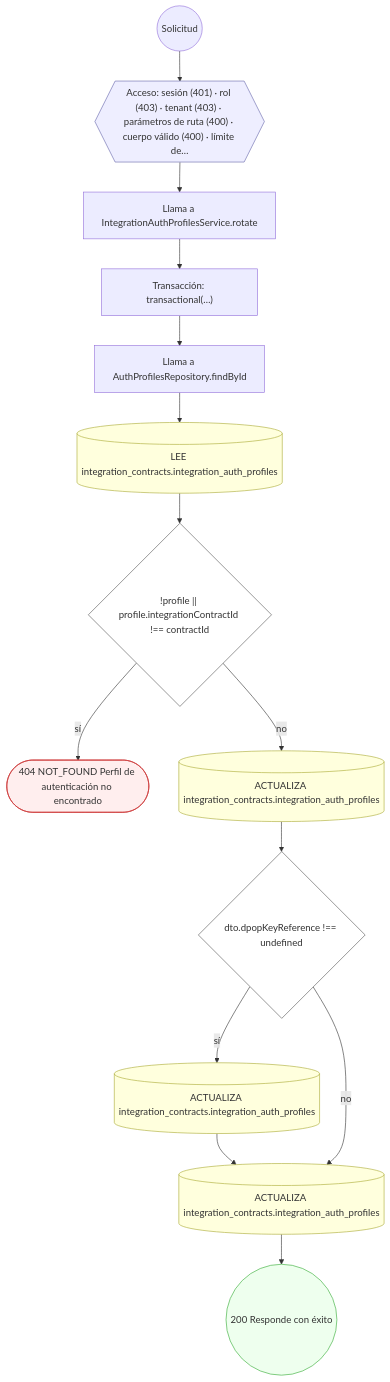
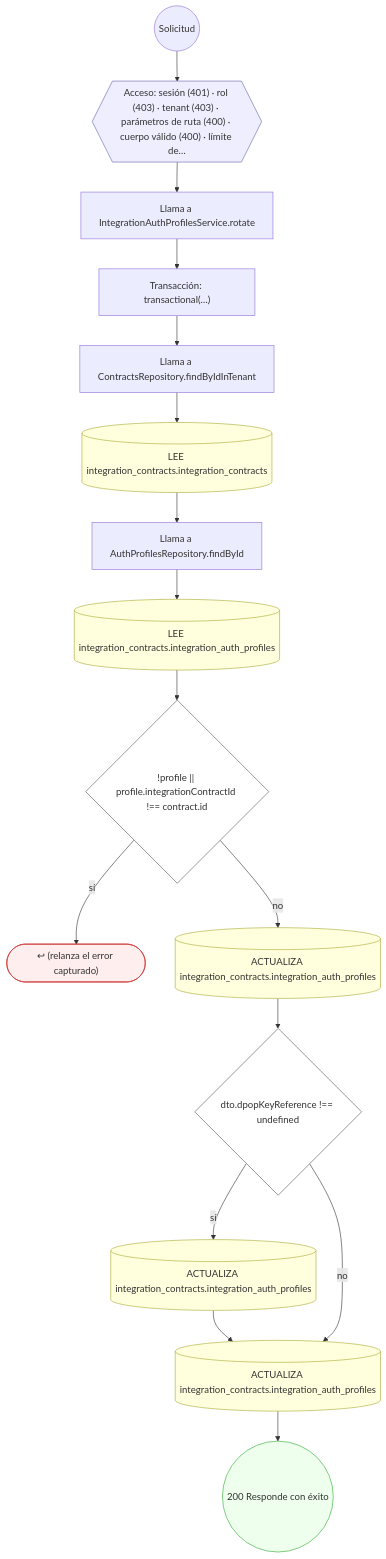
One commit to mdavila-2001/mantra-core-health-api changed the third of 12 diagrams in docs/inventario/flujos/integration_contracts.md. Above: the diagram before and after it, drawn with Mermaid. The commit also changed other lines of this file and 438 other files, not shown here.

````diff
--- a/docs/inventario/flujos/integration_contracts.md
+++ b/docs/inventario/flujos/integration_contracts.md
@@ -262,35 +227,39 @@
 ```mermaid
 flowchart TD
   n1(("Solicitud")):::inicio
   n2{{"Acceso: sesión (401) · rol (403) · tenant (403) · parámetros de ruta (400) · cuerpo válido (400) · límite de…"}}:::acceso
   n1 --> n2
   n3["Llama a IntegrationAuthProfilesService.rotate"]:::llamada
   n2 --> n3
   n4["Transacción: transactional(…)"]:::transaccion
   n3 --> n4
-  n5["Llama a AuthProfilesRepository.findById"]:::llamada
+  n5["Llama a ContractsRepository.findByIdInTenant"]:::llamada
   n4 --> n5
-  n6[("LEE integration_contracts.integration_auth_profiles")]:::efecto
+  n6[("LEE integration_contracts.integration_contracts")]:::efecto
   n5 --> n6
-  n7{"!profile || profile.integrationContractId !== contractId"}:::decision
+  n7["Llama a AuthProfilesRepository.findById"]:::llamada
   n6 --> n7
-  n8(["404 NOT_FOUND Perfil de autenticación no encontrado"]):::error
-  n7 -->|"sí"| n8
-  n9[("ACTUALIZA integration_contracts.integration_auth_profiles")]:::efecto
-  n7 -->|"no"| n9
-  n10{"dto.dpopKeyReference !== undefined"}:::decision
-  n9 --> n10
+  n8[("LEE integration_contracts.integration_auth_profiles")]:::efecto
+  n7 --> n8
+  n9{"!profile || profile.integrationContractId !== contract.id"}:::decision
+  n8 --> n9
+  n10(["↩ (relanza el error capturado)"]):::error
+  n9 -->|"sí"| n10
   n11[("ACTUALIZA integration_contracts.integration_auth_profiles")]:::efecto
-  n10 -->|"sí"| n11
-  n12[("ACTUALIZA integration_contracts.integration_auth_profiles")]:::efecto
+  n9 -->|"no"| n11
+  n12{"dto.dpopKeyReference !== undefined"}:::decision
   n11 --> n12
-  n10 -->|"no"| n12
-  n13(("200 Responde con éxito")):::ok
-  n12 --> n13
+  n13[("ACTUALIZA integration_contracts.integration_auth_profiles")]:::efecto
+  n12 -->|"sí"| n13
+  n14[("ACTUALIZA integration_contracts.integration_auth_profiles")]:::efecto
+  n13 --> n14
+  n12 -->|"no"| n14
+  n15(("200 Responde con éxito")):::ok
+  n14 --> n15
   classDef acceso fill:#eef,stroke:#66a
   classDef error fill:#fee,stroke:#c33
   classDef ok fill:#efe,stroke:#3a3
   classDef efecto fill:#ffd,stroke:#aa3
   classDef decision fill:#fff,stroke:#555
   classDef corte fill:#eee,stroke:#999,stroke-dasharray: 4
 ```
````
